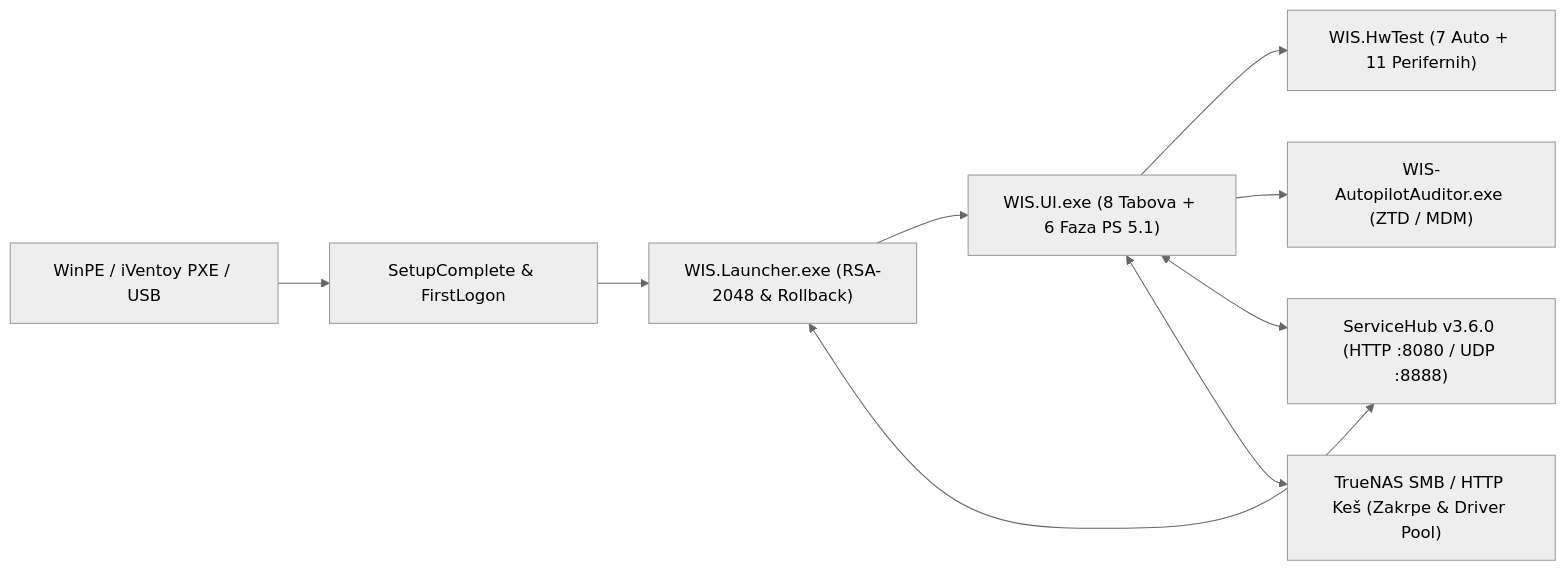
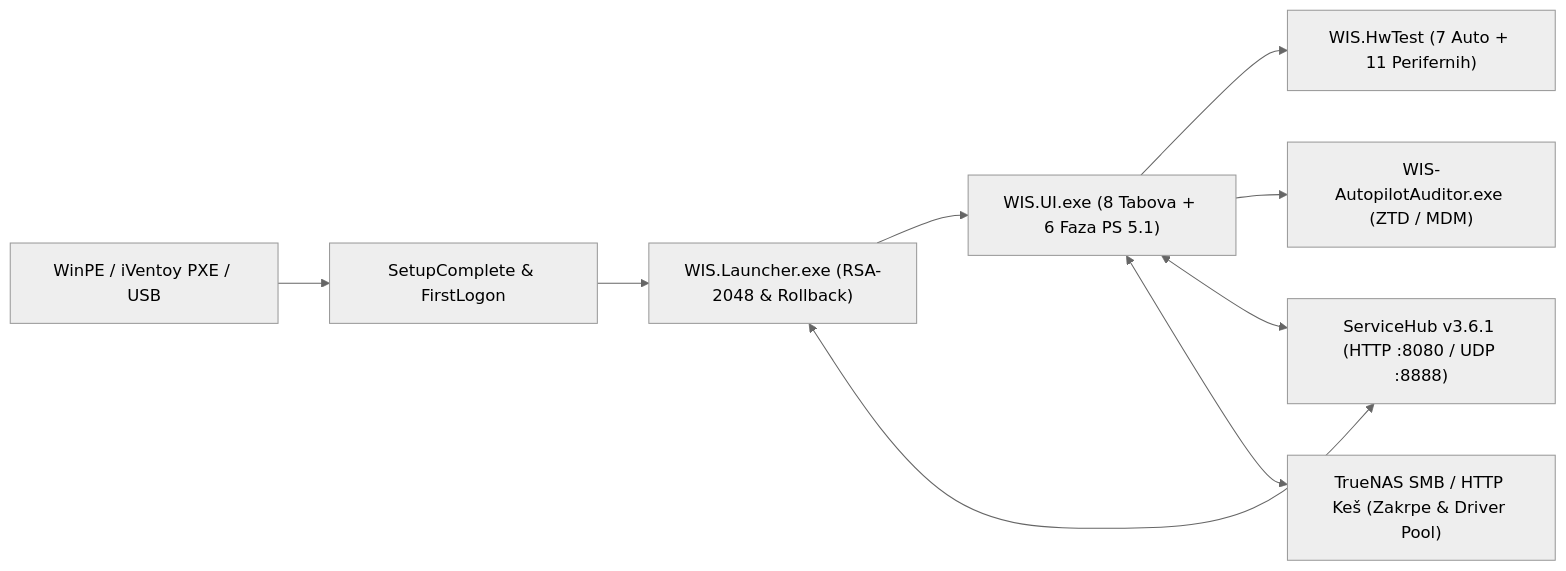
Before and after one commit to Gruya13/WIS: the diagram in README.md, drawn with Mermaid (neutral theme). The commit also changed other lines of this file and 32 other files, not shown here.

Commit message:
release(wis): WIS v3.4.1 / ServiceHub v3.6.1 — Office aktivacija/telemetrija (LIC-01..06) i Backlog B1..B3 (WIS-TASK-264)

````diff
--- a/README.md
+++ b/README.md
@@ -27,11 +27,11 @@
 ```mermaid
 flowchart LR
     PXE["WinPE / iVentoy PXE / USB"] --> BOOT["SetupComplete & FirstLogon"]
     BOOT --> LAUNCHER["WIS.Launcher.exe (RSA-2048 & Rollback)"]
     LAUNCHER --> UI["WIS.UI.exe (8 Tabova + 6 Faza PS 5.1)"]
     UI --> HWTEST["WIS.HwTest (7 Auto + 11 Perifernih)"]
     UI --> AUDITOR["WIS-AutopilotAuditor.exe (ZTD / MDM)"]
-    LAUNCHER <--> HUB["ServiceHub v3.6.0 (HTTP :8080 / UDP :8888)"]
+    LAUNCHER <--> HUB["ServiceHub v3.6.1 (HTTP :8080 / UDP :8888)"]
     UI <--> HUB
     UI <--> NAS["TrueNAS SMB / HTTP Keš (Zakrpe & Driver Pool)"]
 ```
````
